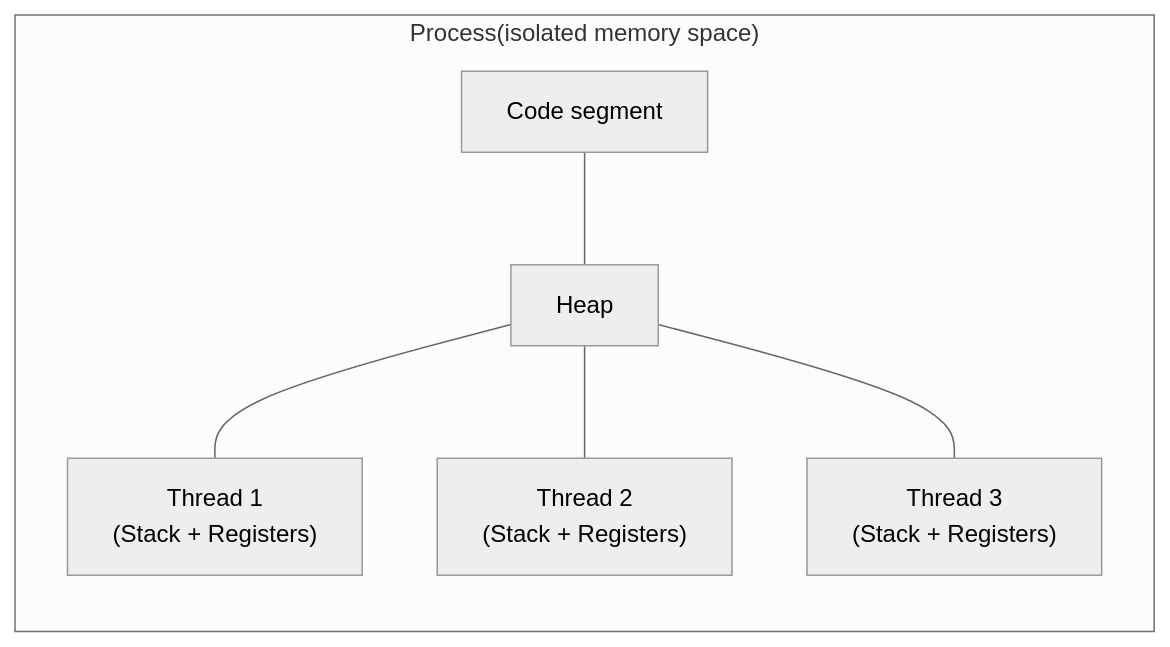
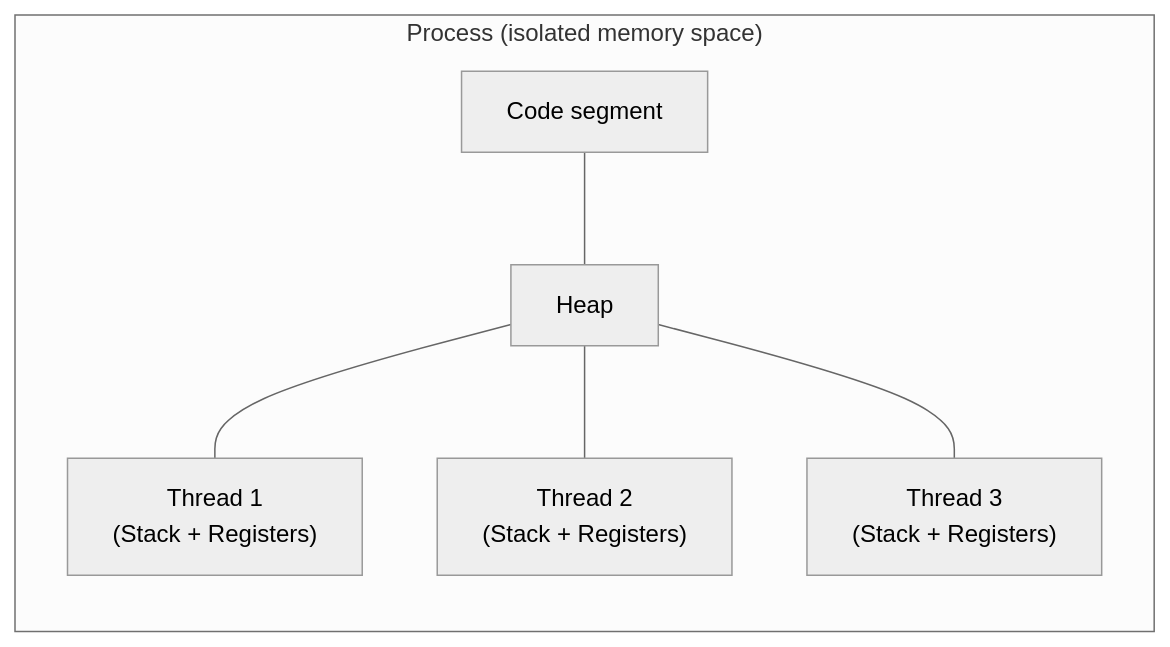
The diagram in content/questions/fundamentals/thread-vs-process.md (pploc/swe-icon-the-moment), drawn with Mermaid (neutral theme) before and after one commit. The commit also changed 95 other files, not shown here.

Commit message:
fix: update the practice mode diagram bug not display

````diff
--- a/content/questions/fundamentals/thread-vs-process.md
+++ b/content/questions/fundamentals/thread-vs-process.md
@@ -16,18 +16,19 @@
 ```mermaid
 flowchart TD
-    subgraph Process["Process(isolated memory space)"]
+    subgraph Process ["Process (isolated memory space)"]
         direction TB
         Code["Code segment"]
         Heap["Heap"]
-        T1["Thread 1\n(Stack + Registers)"]
-        T2["Thread 2\n(Stack + Registers)"]
-        T3["Thread 3\n(Stack + Registers)"]
+        T1["Thread 1\n (Stack + Registers)"]
+        T2["Thread 2\n (Stack + Registers)"]
+        T3["Thread 3\n (Stack + Registers)"]
         Code --- Heap
         Heap --- T1
         Heap --- T2
         Heap --- T3
     end
 
 
 
+
 ```
````
